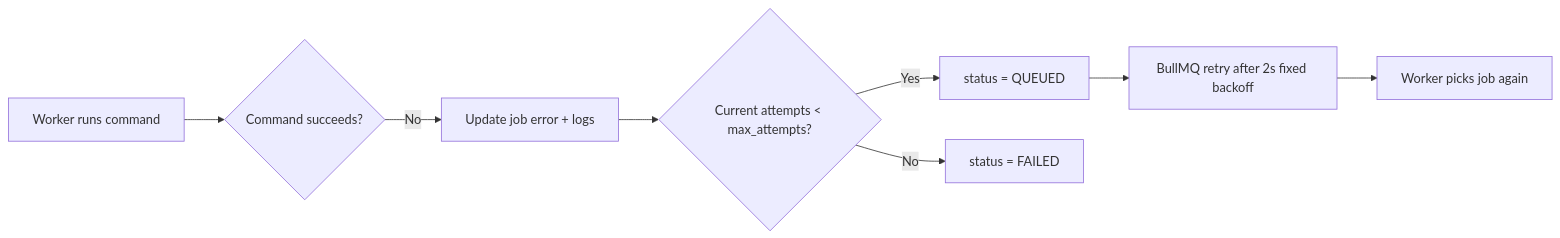
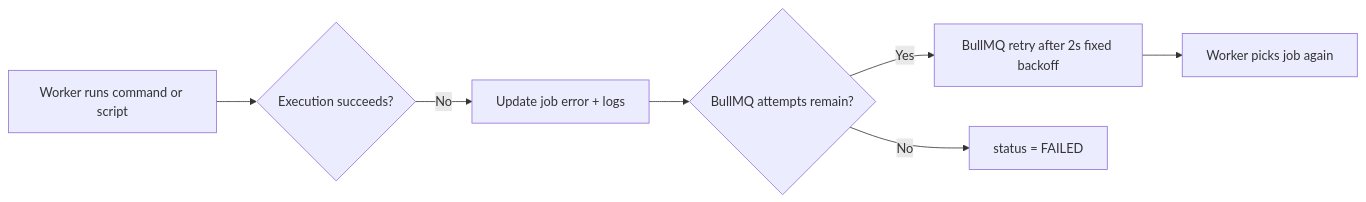
Before and after one commit to kanupriya-sharma19/FLOW: the fifth of 6 diagrams in README.md, drawn with Mermaid. The commit also changed other lines of this file and 5 other files, not shown here.

````diff
--- a/README.md
+++ b/README.md
@@ -467,10 +457,9 @@
 ```mermaid
 flowchart LR
-    A[Worker runs command] --> B{Command succeeds?}
+    A[Worker runs command or script] --> B{Execution succeeds?}
     B -- No --> C[Update job error + logs]
-    C --> D{Current attempts < max_attempts?}
-    D -- Yes --> E[status = QUEUED]
-    E --> F[BullMQ retry after 2s fixed backoff]
-    F --> G[Worker picks job again]
+    C --> D{BullMQ attempts remain?}
+    D -- Yes --> E[BullMQ retry after 2s fixed backoff]
+    E --> F[Worker picks job again]
     D -- No --> H[status = FAILED]
 ```
````
